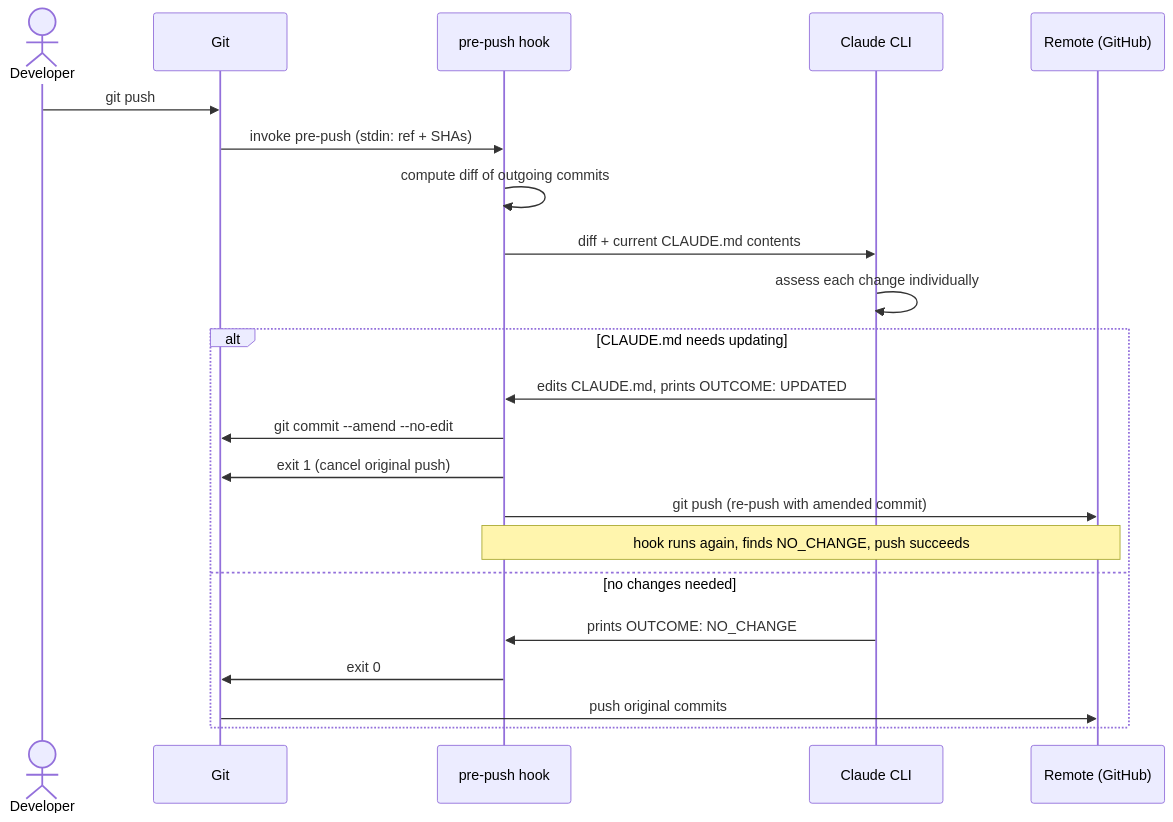
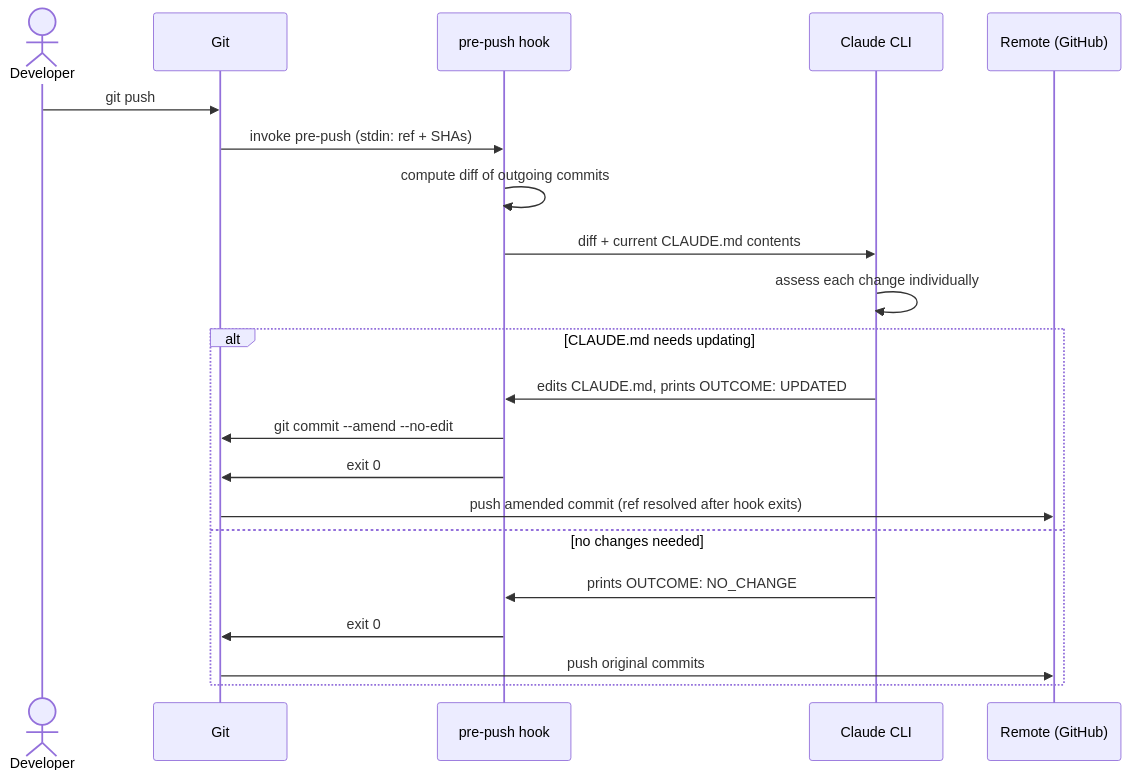
The diagram in README.md (edwarddamato/claude-git-hooks), drawn with Mermaid before and after one commit. The commit also changed other lines of this file and 1 other file, not shown here.

Commit message:
fix: amend and exit 0 — no re-push needed, git resolves ref after hook exits

````diff
--- a/README.md
+++ b/README.md
@@ -45,26 +45,25 @@
 ```mermaid
 sequenceDiagram
     actor Dev as Developer
     participant Git as Git
     participant Hook as pre-push hook
     participant Claude as Claude CLI
     participant Remote as Remote (GitHub)
 
     Dev->>Git: git push
     Git->>Hook: invoke pre-push (stdin: ref + SHAs)
     Hook->>Hook: compute diff of outgoing commits
     Hook->>Claude: diff + current CLAUDE.md contents
     Claude->>Claude: assess each change individually
 
     alt CLAUDE.md needs updating
         Claude->>Hook: edits CLAUDE.md, prints OUTCOME: UPDATED
         Hook->>Git: git commit --amend --no-edit
-        Hook->>Git: exit 1 (cancel original push)
-        Hook->>Remote: git push (re-push with amended commit)
-        Note over Hook,Remote: hook runs again, finds NO_CHANGE, push succeeds
+        Hook->>Git: exit 0
+        Git->>Remote: push amended commit (ref resolved after hook exits)
     else no changes needed
         Claude->>Hook: prints OUTCOME: NO_CHANGE
         Hook->>Git: exit 0
         Git->>Remote: push original commits
     end
 ```
````
